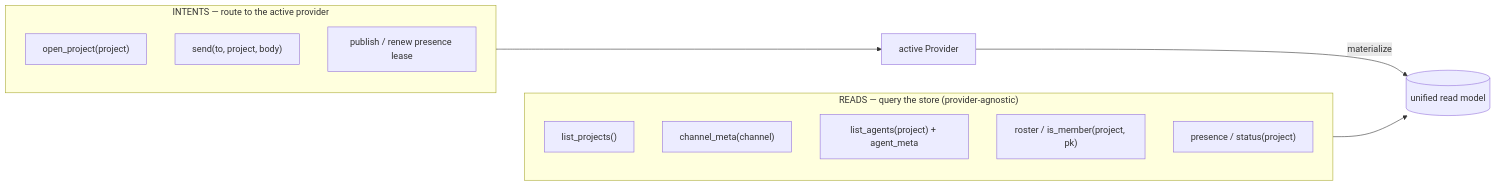
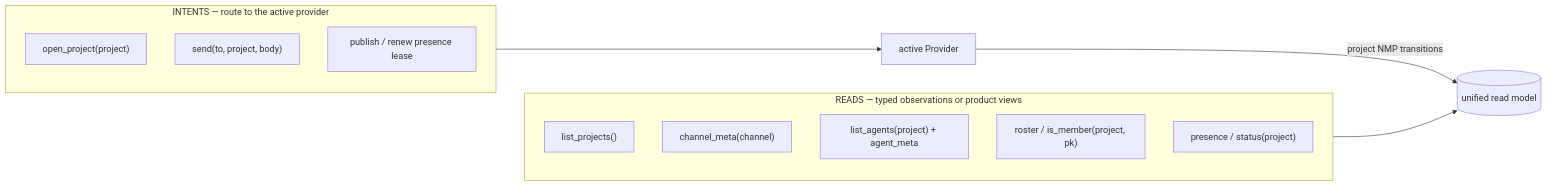
Before and after one commit to pablof7z/mosaico: the third of 6 diagrams in docs/fabric-architecture.md, drawn with Mermaid. The commit also changed other lines of this file and 26 other files, not shown here.

````diff
--- a/docs/fabric-architecture.md
+++ b/docs/fabric-architecture.md
@@ -220,20 +227,20 @@
 ```mermaid
 flowchart LR
-    subgraph R["READS — query the store (provider-agnostic)"]
+    subgraph R["READS — typed observations or product views"]
         r0["list_projects()"]
         r1["channel_meta(channel)"]
         r2["list_agents(project) + agent_meta"]
         r3["roster / is_member(project, pk)"]
         r4["presence / status(project)"]
     end
     subgraph I["INTENTS — route to the active provider"]
         i0["open_project(project)"]
         i1["send(to, project, body)"]
         i2["publish / renew presence lease"]
     end
     STORE[("unified read model")]
     PROV["active Provider"]
     R --> STORE
     I --> PROV
-    PROV -- materialize --> STORE
+    PROV -- project NMP transitions --> STORE
 ```
````
